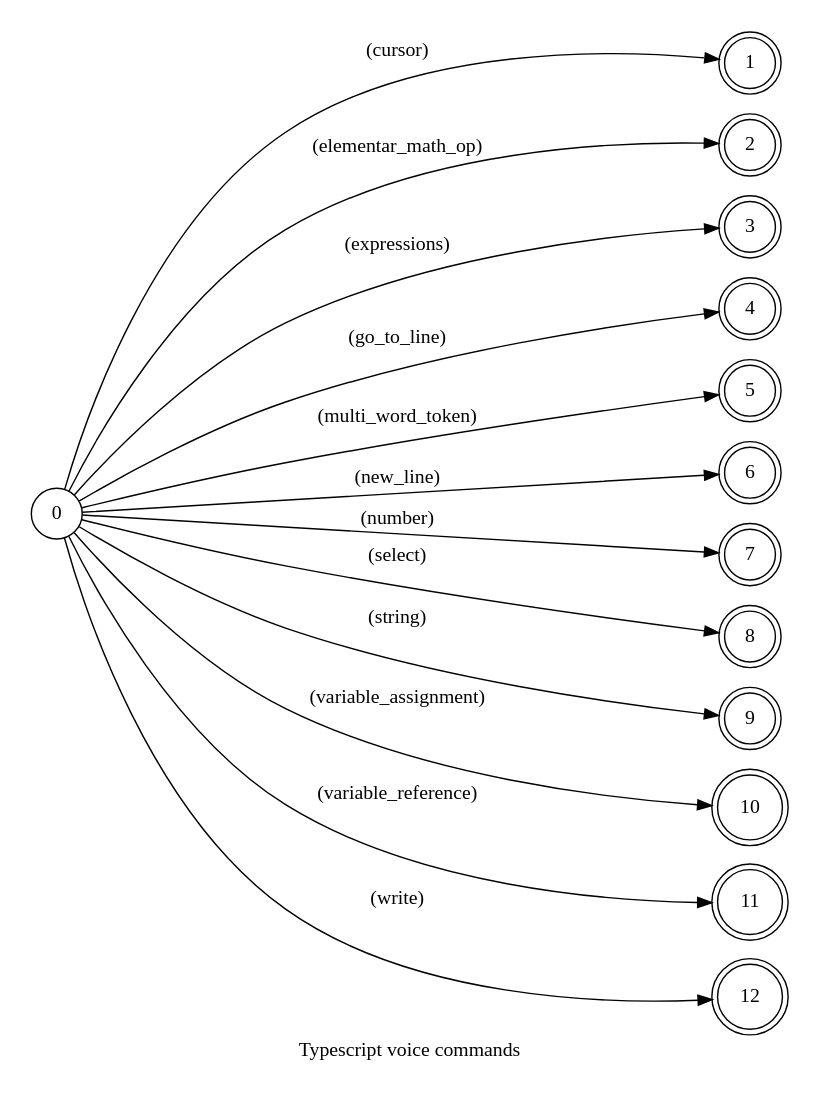
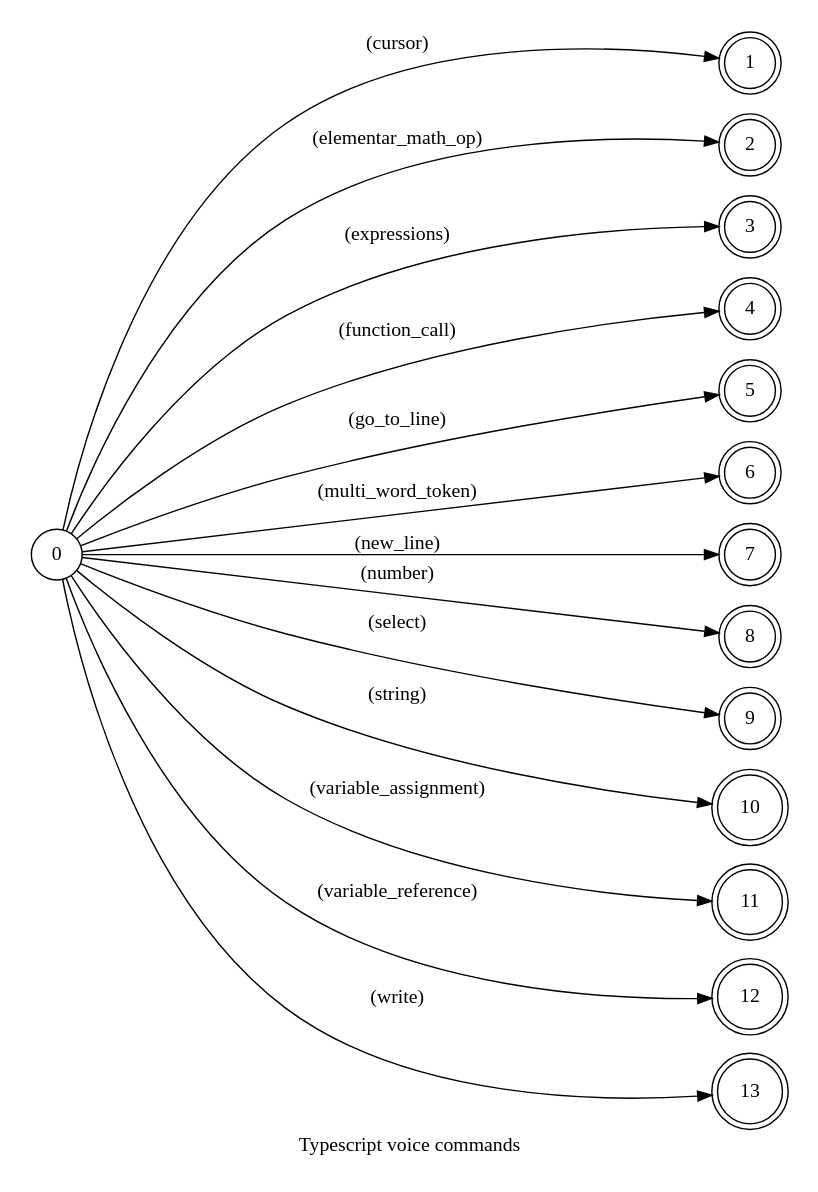
One commit to pedrooaugusto/speech-to-code changed the diagram in spoken/src/modules/typescript/typescript.dot. Above: the diagram before and after it, drawn with Graphviz. The commit also changed 35 other files, not shown here.

```diff
--- a/spoken/src/modules/typescript/typescript.dot
+++ b/spoken/src/modules/typescript/typescript.dot
@@ -1,30 +1,31 @@
 digraph TypeScript {
     id="typescript";
     label="Typescript voice commands";
     lang="en-US";
     langName="English";
     pad="0.2";
     rankdir=LR;
     nodesep="0.2";
     ranksep="4";
     node[shape=circle]; 0;
     node[shape=doublecircle];
 
     // START GENERATED
     0 -> 1 [label="(cursor)"];
     0 -> 2 [label="(elementar_math_op)"];
     0 -> 3 [label="(expressions)"];
-    0 -> 4 [label="(go_to_line)"];
-    0 -> 5 [label="(multi_word_token)"];
-    0 -> 6 [label="(new_line)"];
-    0 -> 7 [label="(number)"];
-    0 -> 8 [label="(select)"];
-    0 -> 9 [label="(string)"];
-    0 -> 10 [label="(variable_assignment)"];
-    0 -> 11 [label="(variable_reference)"];
-    0 -> 12 [label="(write)"];
+    0 -> 4 [label="(function_call)"];
+    0 -> 5 [label="(go_to_line)"];
+    0 -> 6 [label="(multi_word_token)"];
+    0 -> 7 [label="(new_line)"];
+    0 -> 8 [label="(number)"];
+    0 -> 9 [label="(select)"];
+    0 -> 10 [label="(string)"];
+    0 -> 11 [label="(variable_assignment)"];
+    0 -> 12 [label="(variable_reference)"];
+    0 -> 13 [label="(write)"];
     // END GENERATED
 
     title="Typescript voice commands";
     desc="Collection of voice commands of the typescript language";
 }
```
